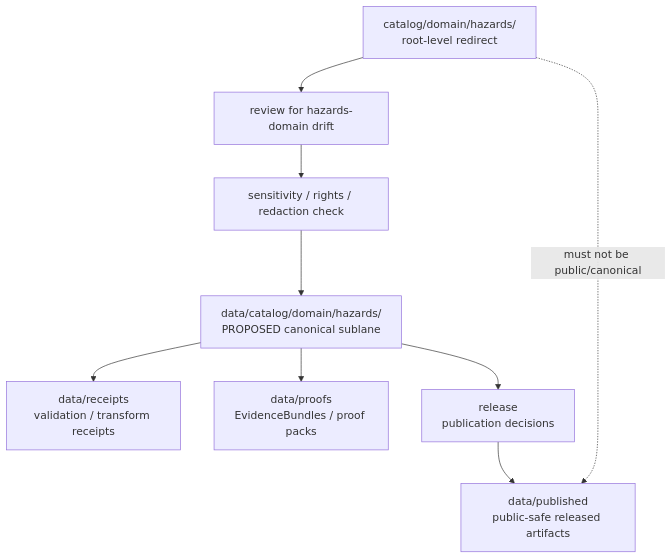
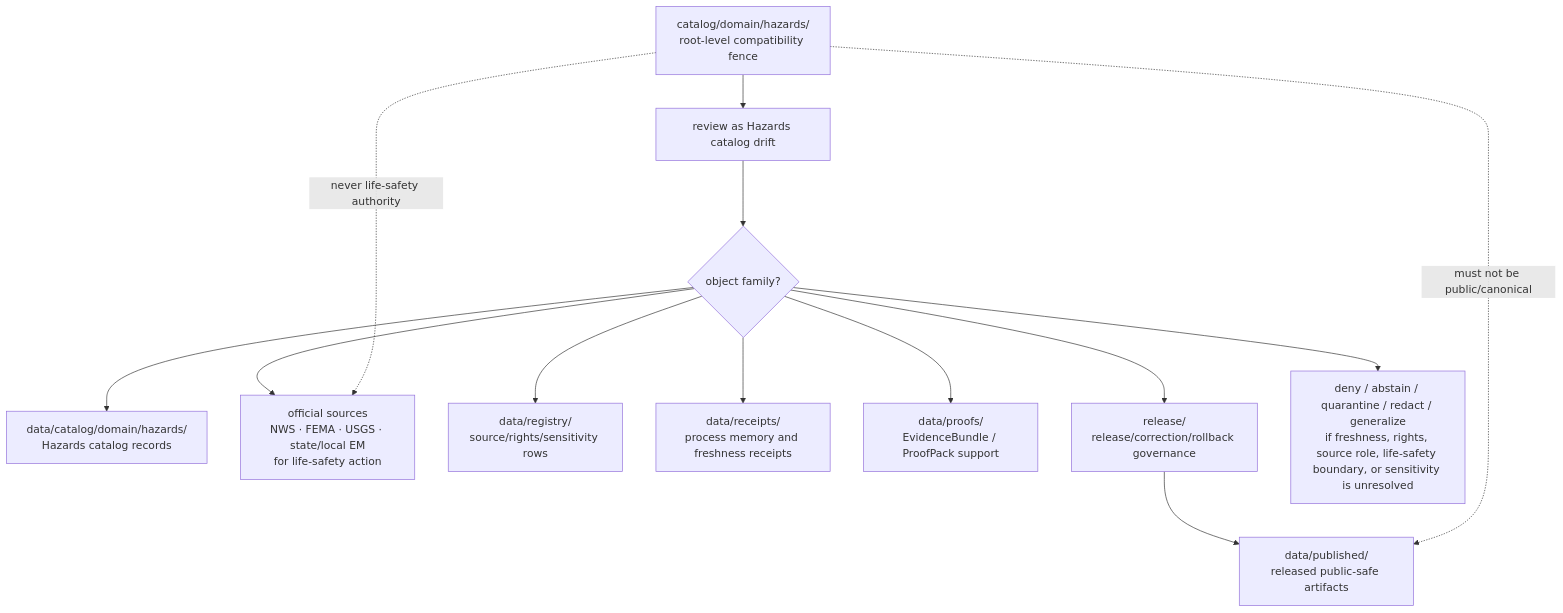
Before and after one commit to bartytime4life/Kansas-Frontier-Matrix: the diagram in catalog/domain/hazards/README.md, drawn with Mermaid. The commit also changed other lines of this file, not shown here.

Commit message:
docs: update hazards domain catalog redirect README

````diff
--- a/catalog/domain/hazards/README.md
+++ b/catalog/domain/hazards/README.md
@@ -160,11 +369,15 @@
 ```mermaid
 flowchart TD
-    wrong["catalog/domain/hazards/\nroot-level redirect"] --> review["review for hazards-domain drift"]
-    review --> sensitivity["sensitivity / rights / redaction check"]
-    sensitivity --> canonical["data/catalog/domain/hazards/\nPROPOSED canonical sublane"]
-    canonical --> receipts["data/receipts\nvalidation / transform receipts"]
-    canonical --> proofs["data/proofs\nEvidenceBundles / proof packs"]
-    canonical --> release["release\npublication decisions"]
-    release --> published["data/published\npublic-safe released artifacts"]
+    wrong["catalog/domain/hazards/<br/>root-level compatibility fence"] --> review["review as Hazards catalog drift"]
+    review --> classify{"object family?"}
+    classify --> hazards["data/catalog/domain/hazards/<br/>Hazards catalog records"]
+    classify --> official["official sources<br/>NWS · FEMA · USGS · state/local EM<br/>for life-safety action"]
+    classify --> registry["data/registry/<br/>source/rights/sensitivity rows"]
+    classify --> receipts["data/receipts/<br/>process memory and freshness receipts"]
+    classify --> proofs["data/proofs/<br/>EvidenceBundle / ProofPack support"]
+    classify --> release["release/<br/>release/correction/rollback governance"]
+    release --> published["data/published/<br/>released public-safe artifacts"]
+    classify --> deny["deny / abstain / quarantine / redact / generalize<br/>if freshness, rights, source role, life-safety boundary, or sensitivity is unresolved"]
     wrong -. "must not be public/canonical" .-> published
+    wrong -. "never life-safety authority" .-> official
 ```
````
